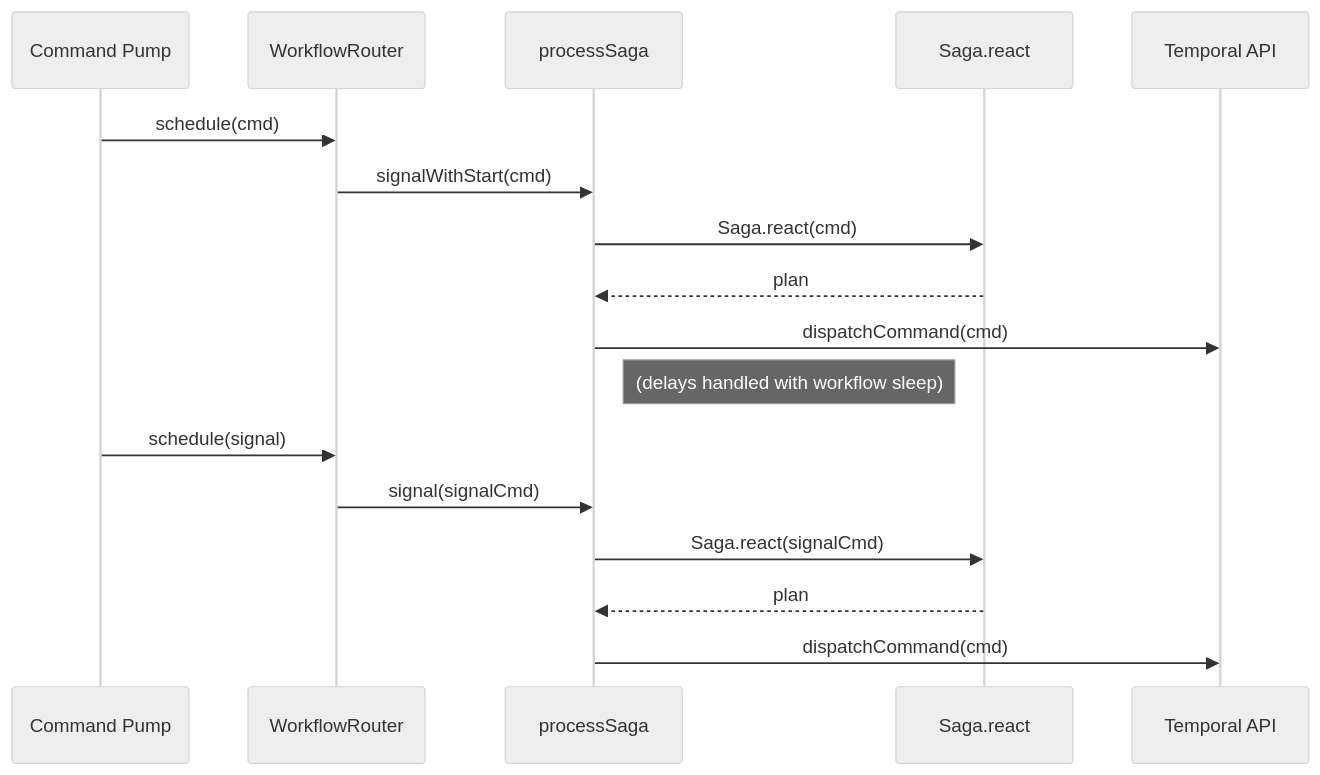
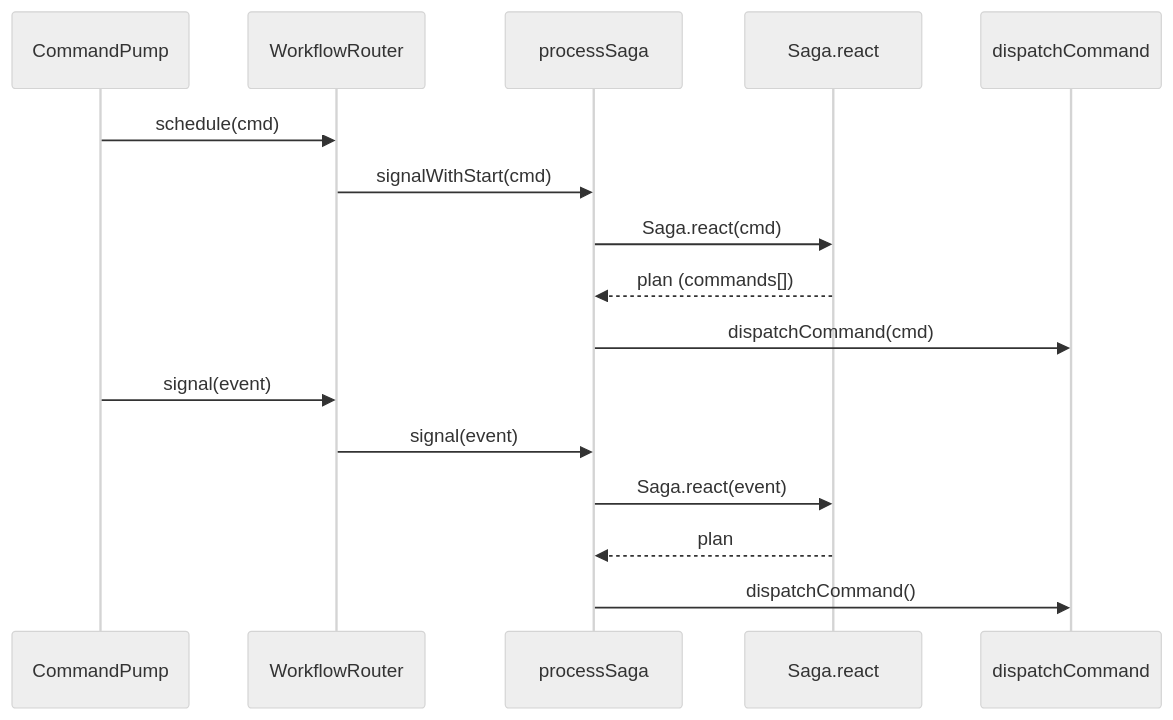
The second of 2 diagrams in ADRs/006-temporal-domain-saga-execution.md (geeewhy/intent), drawn with Mermaid (neutral theme) before and after one commit. The commit also changed other lines of this file and 22 other files, not shown here.

````diff
--- a/ADRs/006-temporal-domain-saga-execution.md
+++ b/ADRs/006-temporal-domain-saga-execution.md
@@ -74,21 +47,20 @@
 ```mermaid
 sequenceDiagram
-    participant Pump as Command Pump
-    participant Router as WorkflowRouter
-    participant WF as processSaga
-    participant Domain as Saga.react
-    participant Temporal as Temporal API
+  participant Pump as CommandPump
+  participant Router as WorkflowRouter
+  participant WF as processSaga
+  participant Domain as Saga.react
+  participant Dispatch as dispatchCommand
 
-    Pump->>Router: schedule(cmd)
-    Router->>WF: signalWithStart(cmd)
-    WF->>Domain: Saga.react(cmd)
-    Domain-->>WF: plan
-    WF->>Temporal: dispatchCommand(cmd)
-    Note right of WF: (delays handled with workflow sleep)
+  Pump->>Router: schedule(cmd)
+  Router->>WF: signalWithStart(cmd)
+  WF->>Domain: Saga.react(cmd)
+  Domain-->>WF: plan (commands[])
+  WF->>Dispatch: dispatchCommand(cmd)
 
-    Pump->>Router: schedule(signal)
-    Router->>WF: signal(signalCmd)
-    WF->>Domain: Saga.react(signalCmd)
-    Domain-->>WF: plan
-    WF->>Temporal: dispatchCommand(cmd)
+  Pump->>Router: signal(event)
+  Router->>WF: signal(event)
+  WF->>Domain: Saga.react(event)
+  Domain-->>WF: plan
+  WF->>Dispatch: dispatchCommand()
 ```
````
